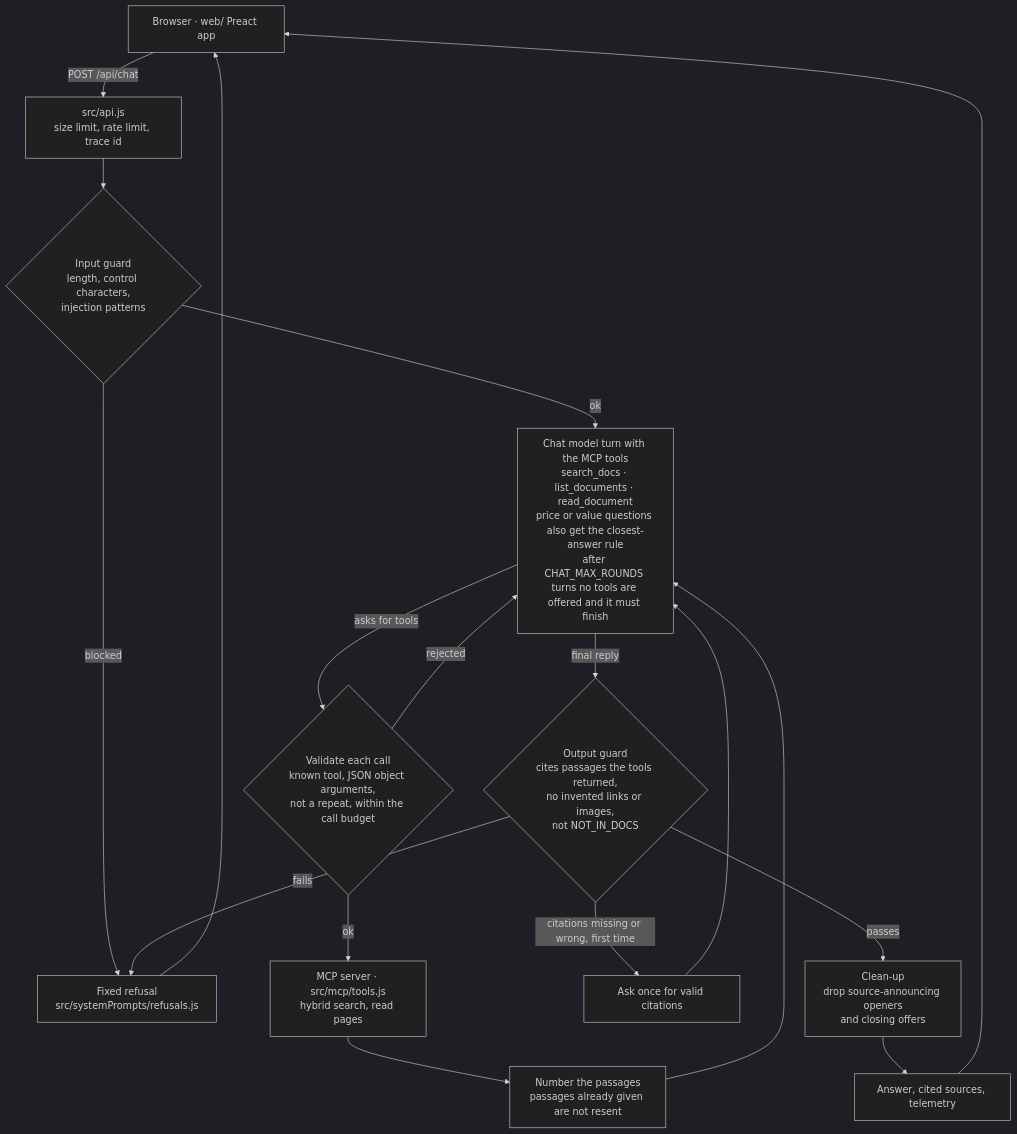
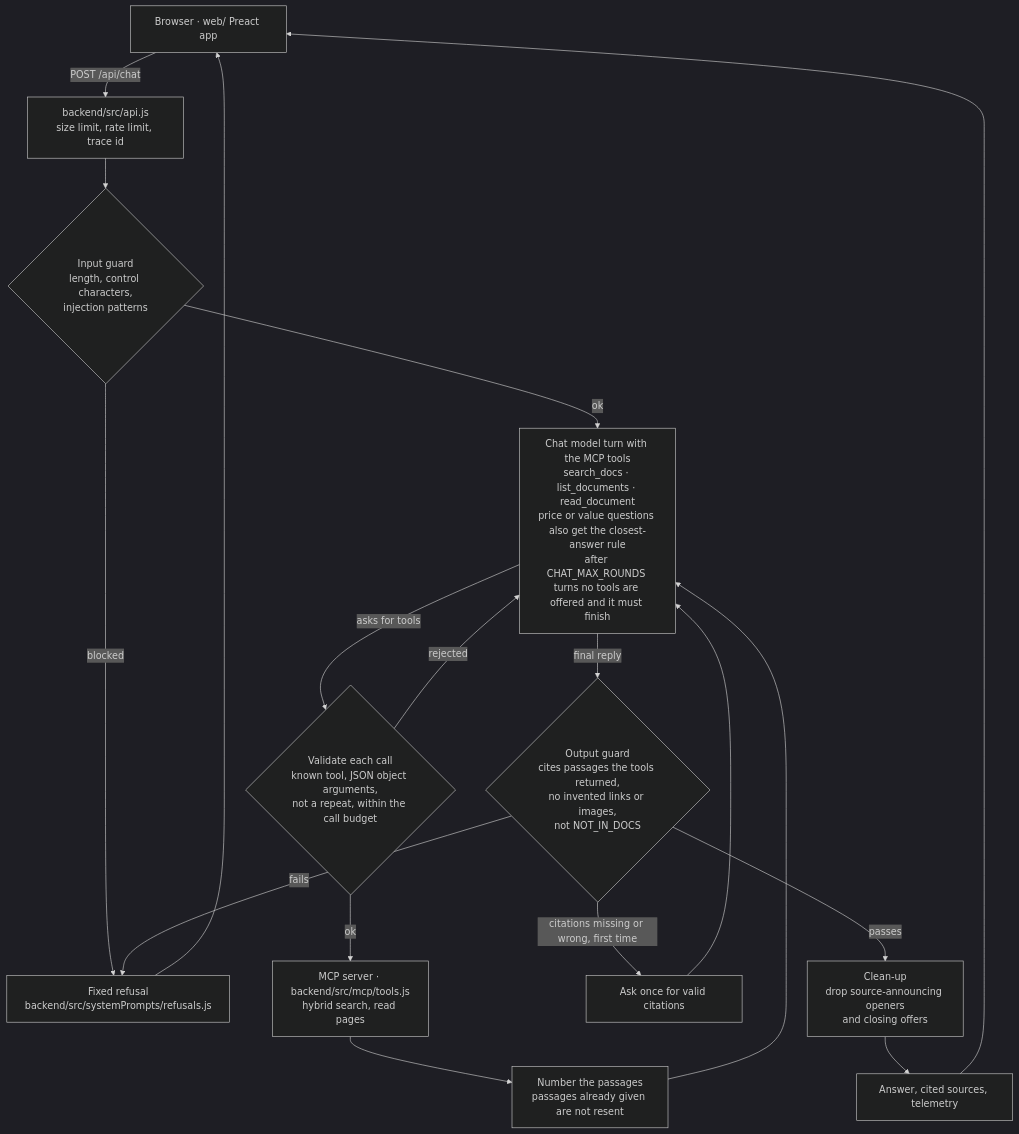
One commit to KiranMantha/AI_Exercises changed the fourth of 6 diagrams in langchain-langgraph-rag/README.md. Above: the diagram before and after it, drawn with Mermaid (dark theme). The commit also changed other lines of this file and 69 other files, not shown here.

Commit message:
move the RAG code into backend/, keep web/ and shared config at the root

````diff
--- a/langchain-langgraph-rag/README.md
+++ b/langchain-langgraph-rag/README.md
@@ -137,20 +152,20 @@
 ```mermaid
 flowchart TD
-    U[Browser · web/ Preact app] -- POST /api/chat --> API[src/api.js<br/>size limit, rate limit, trace id]
+    U[Browser · web/ Preact app] -- POST /api/chat --> API[backend/src/api.js<br/>size limit, rate limit, trace id]
     API --> GUARD{Input guard<br/>length, control characters,<br/>injection patterns}
-    GUARD -- blocked --> REFUSE[Fixed refusal<br/>src/systemPrompts/refusals.js]
+    GUARD -- blocked --> REFUSE[Fixed refusal<br/>backend/src/systemPrompts/refusals.js]
     GUARD -- ok --> TURN[Chat model turn with the MCP tools<br/>search_docs · list_documents · read_document<br/>price or value questions also get the closest-answer rule<br/>after CHAT_MAX_ROUNDS turns no tools are offered and it must finish]
     TURN -- asks for tools --> VALID{Validate each call<br/>known tool, JSON object arguments,<br/>not a repeat, within the call budget}
     VALID -- rejected --> TURN
-    VALID -- ok --> MCP[MCP server · src/mcp/tools.js<br/>hybrid search, read pages]
+    VALID -- ok --> MCP[MCP server · backend/src/mcp/tools.js<br/>hybrid search, read pages]
     MCP --> NUMBER[Number the passages<br/>passages already given are not resent]
     NUMBER --> TURN
     TURN -- final reply --> OUTPUT{Output guard<br/>cites passages the tools returned,<br/>no invented links or images,<br/>not NOT_IN_DOCS}
     OUTPUT -- citations missing or wrong, first time --> REPAIR[Ask once for valid citations]
     REPAIR --> TURN
     OUTPUT -- fails --> REFUSE
     OUTPUT -- passes --> CLEAN[Clean-up<br/>drop source-announcing openers<br/>and closing offers]
     CLEAN --> ANSWER[Answer, cited sources, telemetry]
     ANSWER --> U
     REFUSE --> U
 ```
````
